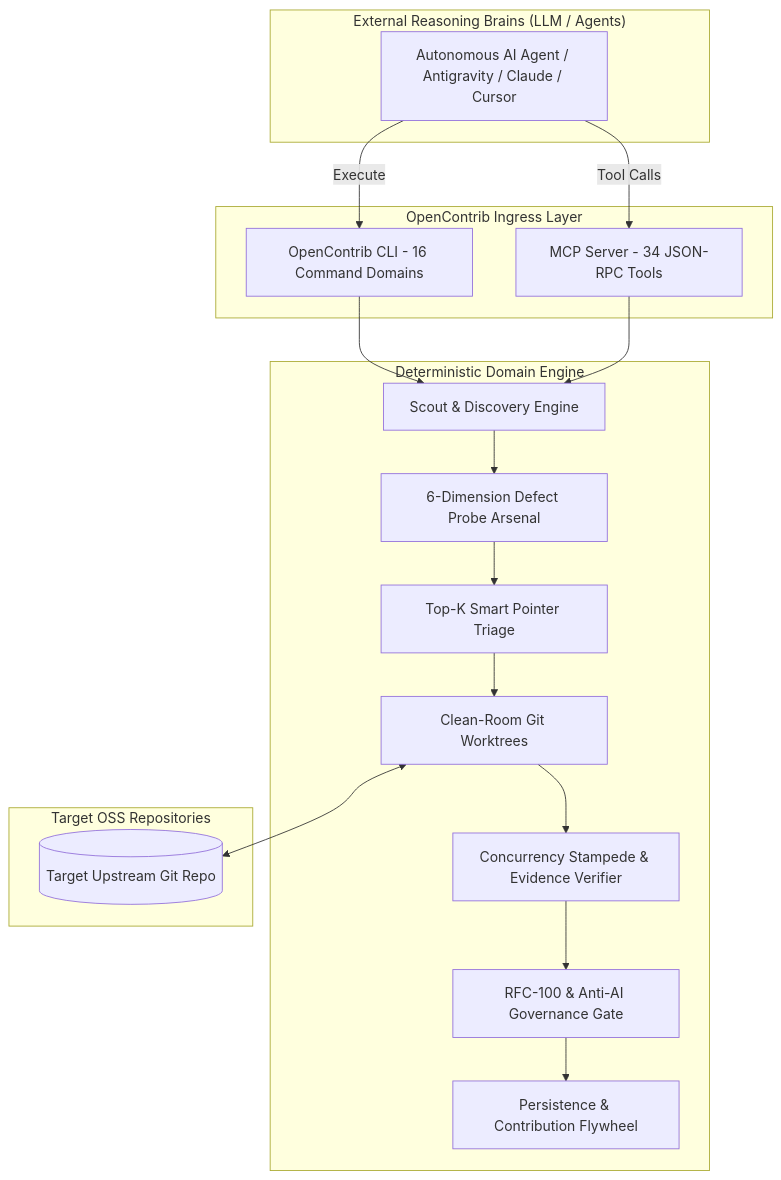
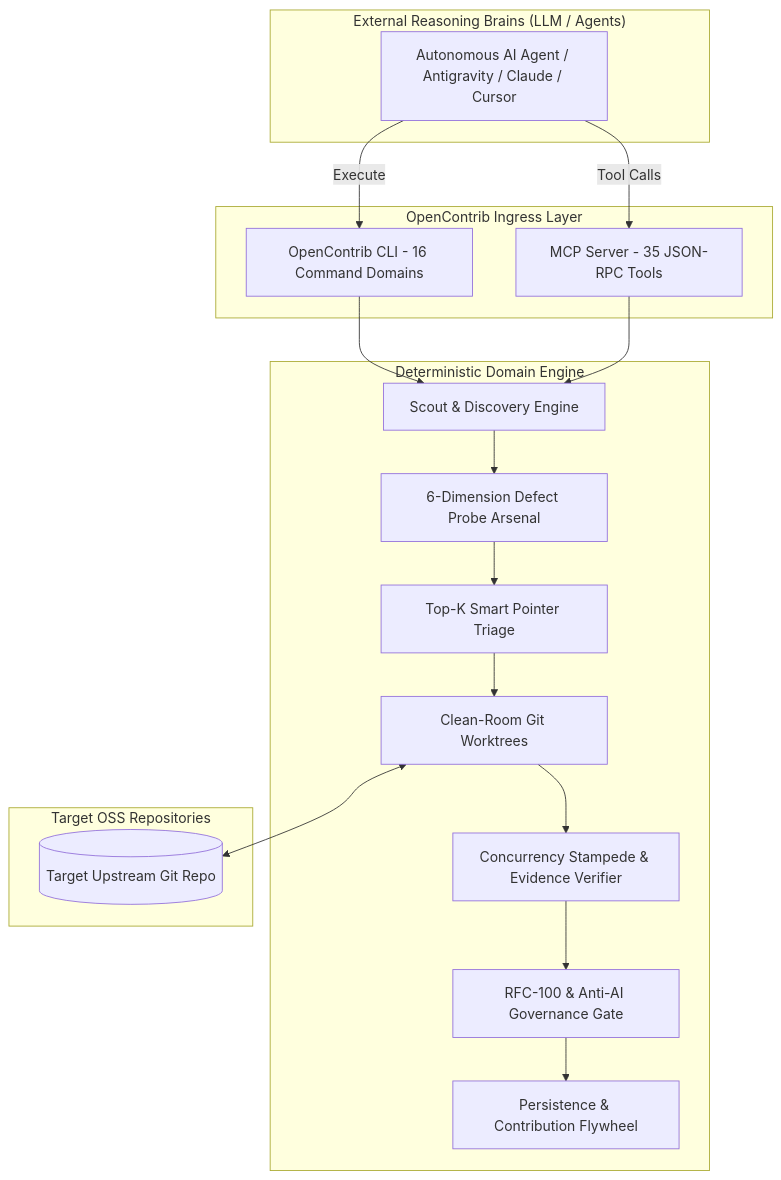
One commit to MeiSiristhebest/opencontrib changed the diagram in ARCHITECTURE.md. Above: the diagram before and after it, drawn with Mermaid. The commit also changed other lines of this file and 32 other files, not shown here.

First line of the commit message:
refactor: complete final architecture remediation and docs synchronization

````diff
--- a/ARCHITECTURE.md
+++ b/ARCHITECTURE.md
@@ -9,37 +9,37 @@
 ```mermaid
 graph TD
     subgraph "External Reasoning Brains (LLM / Agents)"
         Agent[Autonomous AI Agent / Antigravity / Claude / Cursor]
     end
 
     subgraph "OpenContrib Ingress Layer"
         CLI[OpenContrib CLI - 16 Command Domains]
-        MCP[MCP Server - 34 JSON-RPC Tools]
+        MCP[MCP Server - 35 JSON-RPC Tools]
     end
 
     subgraph "Deterministic Domain Engine"
         Discovery[Scout & Discovery Engine]
         Probe[6-Dimension Defect Probe Arsenal]
         Pointer[Top-K Smart Pointer Triage]
         Sandbox[Clean-Room Git Worktrees]
         Evidence[Concurrency Stampede & Evidence Verifier]
         Gov[RFC-100 & Anti-AI Governance Gate]
         Flywheel[Persistence & Contribution Flywheel]
     end
 
     subgraph "Target OSS Repositories"
         Repo[(Target Upstream Git Repo)]
     end
 
     Agent -->|Execute| CLI
     Agent -->|Tool Calls| MCP
     CLI --> Discovery
     MCP --> Discovery
     Discovery --> Probe
     Probe --> Pointer
     Pointer --> Sandbox
     Sandbox --> Evidence
     Evidence --> Gov
     Gov --> Flywheel
     Sandbox <--> Repo
 ```
````
